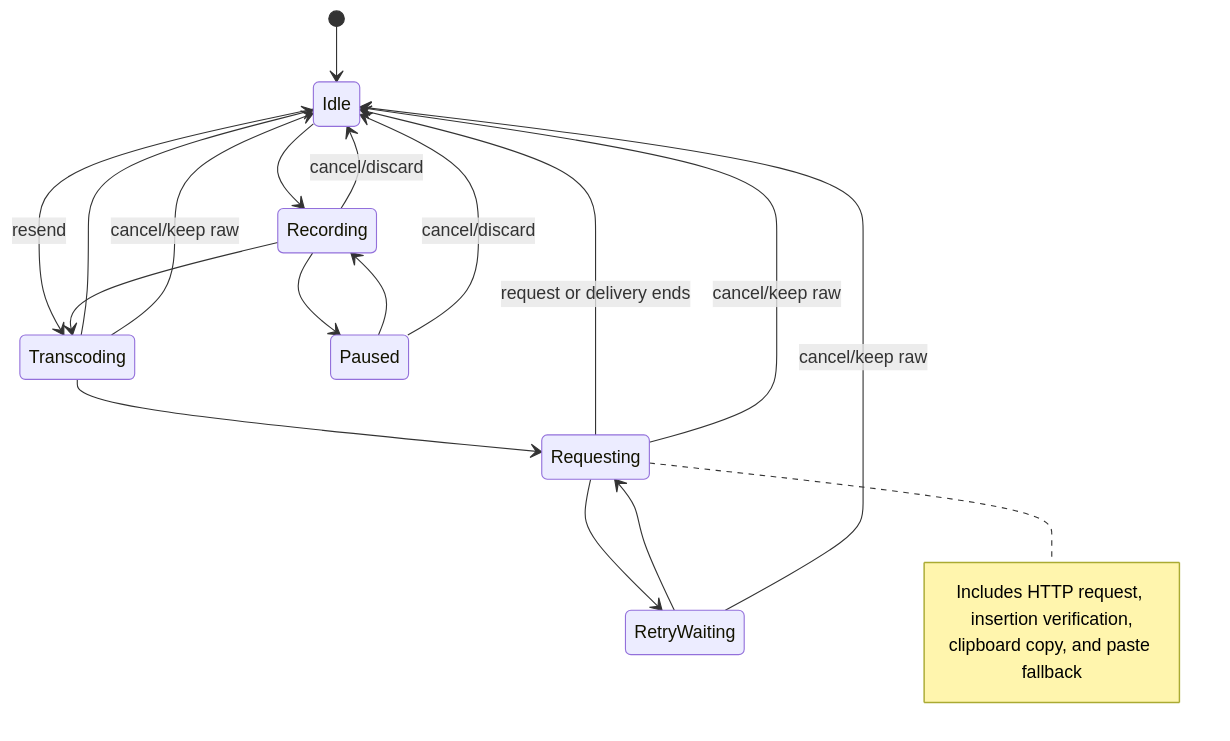
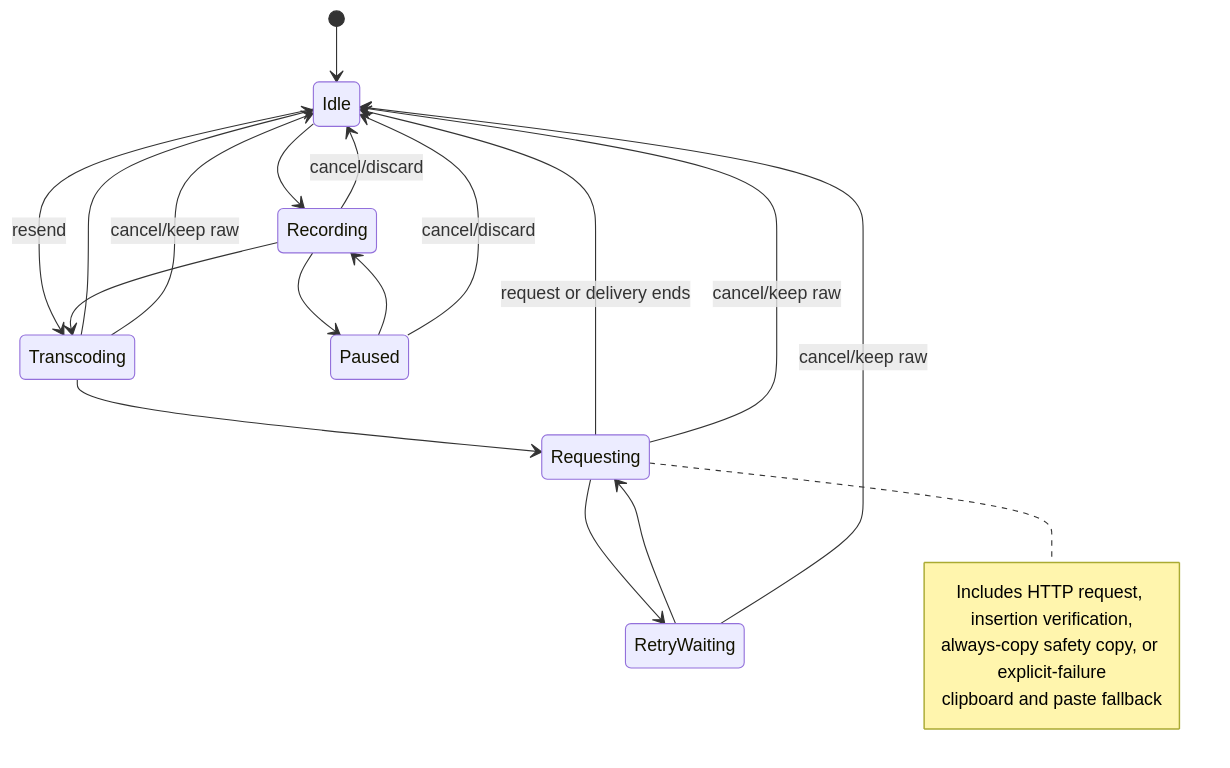
One commit to Joey-Kot/Dictate changed the third of 3 diagrams in README.md. Above: the diagram before and after it, drawn with Mermaid. The commit also changed other lines of this file and 6 other files, not shown here.

````diff
--- a/README.md
+++ b/README.md
@@ -128,23 +128,24 @@
 ```mermaid
 stateDiagram-v2
   [*] --> Idle
   Idle --> Recording
   Idle --> Transcoding: resend
   Recording --> Paused
   Paused --> Recording
   Recording --> Transcoding
   Transcoding --> Requesting
   Requesting --> RetryWaiting
   RetryWaiting --> Requesting
   Requesting --> Idle: request or delivery ends
   Transcoding --> Idle
   Recording --> Idle: cancel/discard
   Paused --> Idle: cancel/discard
   Transcoding --> Idle: cancel/keep raw
   Requesting --> Idle: cancel/keep raw
   RetryWaiting --> Idle: cancel/keep raw
   note right of Requesting
     Includes HTTP request, insertion verification,
-    clipboard copy, and paste fallback
+    always-copy safety copy, or explicit-failure
+    clipboard and paste fallback
   end note
 ```
````
